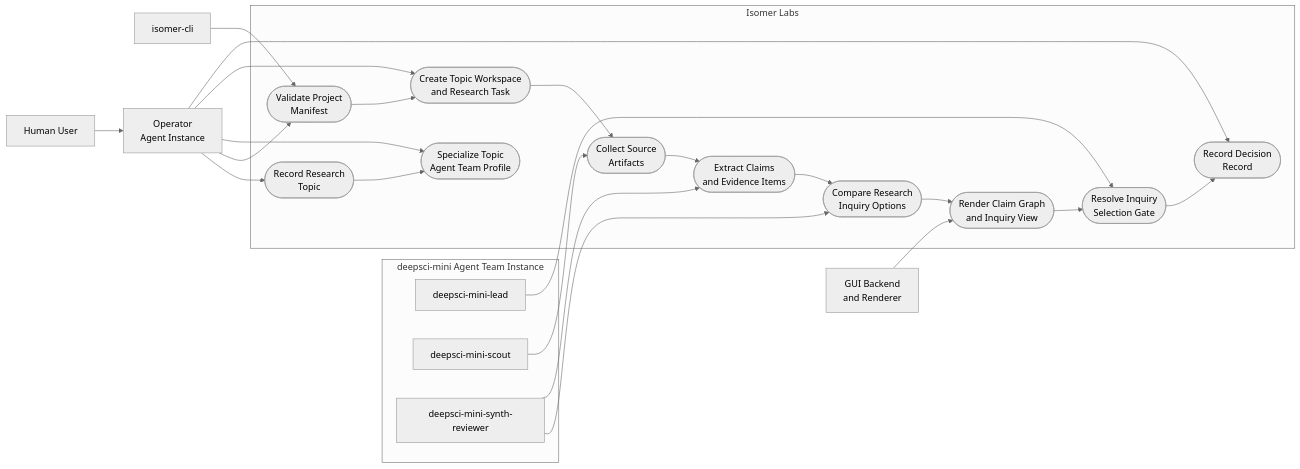
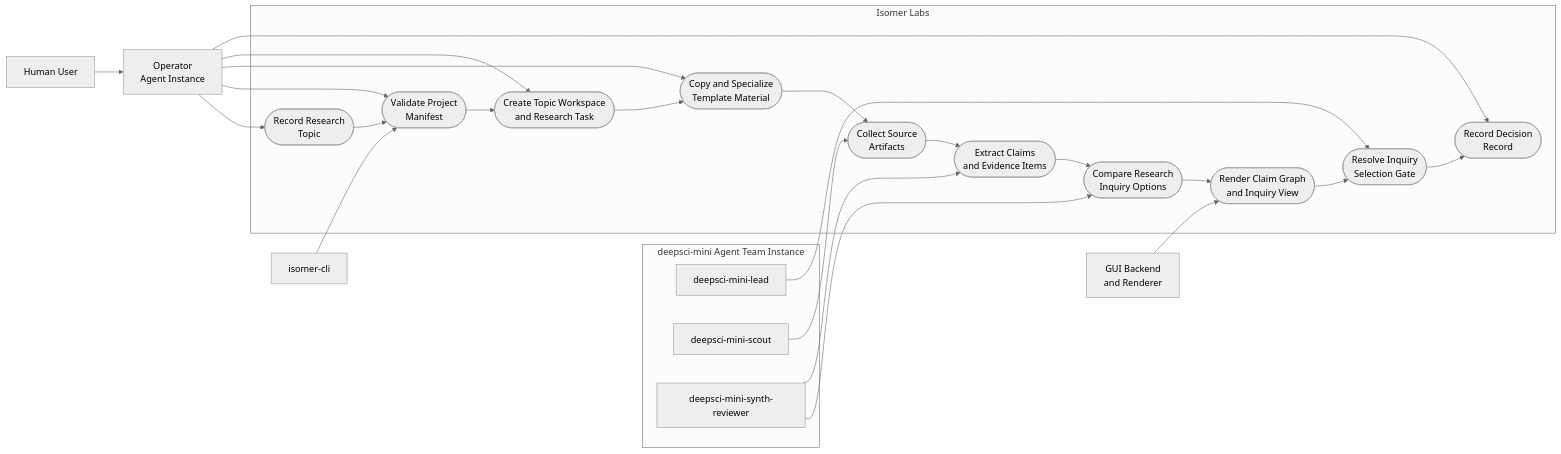
The first of 2 diagrams in .imsight-arts/project-explore/use-cases/uc-01-explore-new-research-direction.md (CodeGandee/isomer-labs), drawn with Mermaid (neutral theme) before and after one commit. The commit also changed other lines of this file and 79 other files, not shown here.

Commit message:
feat: add topic team instantiation

````diff
--- a/.imsight-arts/project-explore/use-cases/uc-01-explore-new-research-direction.md
+++ b/.imsight-arts/project-explore/use-cases/uc-01-explore-new-research-direction.md
@@ -30,48 +33,49 @@
 ```mermaid
 flowchart LR
   User[Human User]
   CLI[isomer-cli]
   Operator["Operator<br/>Agent Instance"]
   GUI["GUI Backend<br/>and Renderer"]
 
   subgraph TeamInstance["deepsci-mini Agent Team Instance"]
     Lead["deepsci-mini-lead"]
     Scout["deepsci-mini-scout"]
     Reviewer["deepsci-mini-synth-reviewer"]
   end
 
   subgraph Isomer["Isomer Labs"]
     UC1([Record Research<br/>Topic])
     UC2([Validate Project<br/>Manifest])
-    UC3([Specialize Topic<br/>Agent Team Profile])
+    UC3([Copy and Specialize<br/>Template Material])
     UC4([Create Topic Workspace<br/>and Research Task])
     UC5([Collect Source<br/>Artifacts])
     UC6([Extract Claims<br/>and Evidence Items])
     UC7([Compare Research<br/>Inquiry Options])
     UC8([Render Claim Graph<br/>and Inquiry View])
     UC9([Resolve Inquiry<br/>Selection Gate])
     UC10([Record Decision<br/>Record])
   end
 
   User --> Operator
   CLI --> UC2
   Operator --> UC1
   Operator --> UC2
   Operator --> UC3
   Operator --> UC4
   Lead --> UC9
   Scout --> UC5
   Reviewer --> UC7
   Reviewer --> UC6
   GUI --> UC8
   Operator --> UC10
 
-  UC1 --> UC3
+  UC1 --> UC2
   UC2 --> UC4
-  UC4 --> UC5
+  UC4 --> UC3
+  UC3 --> UC5
   UC5 --> UC6
   UC6 --> UC7
   UC7 --> UC8
   UC8 --> UC9
   UC9 --> UC10
 ```
````
